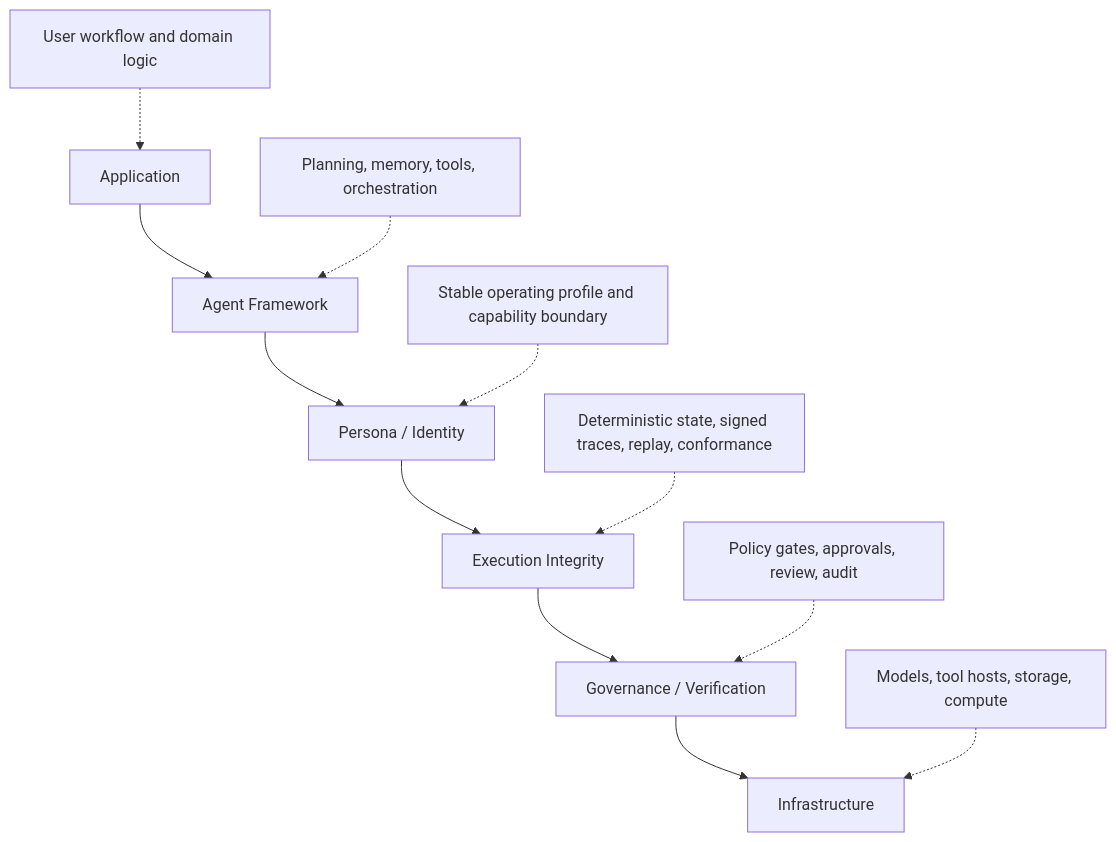
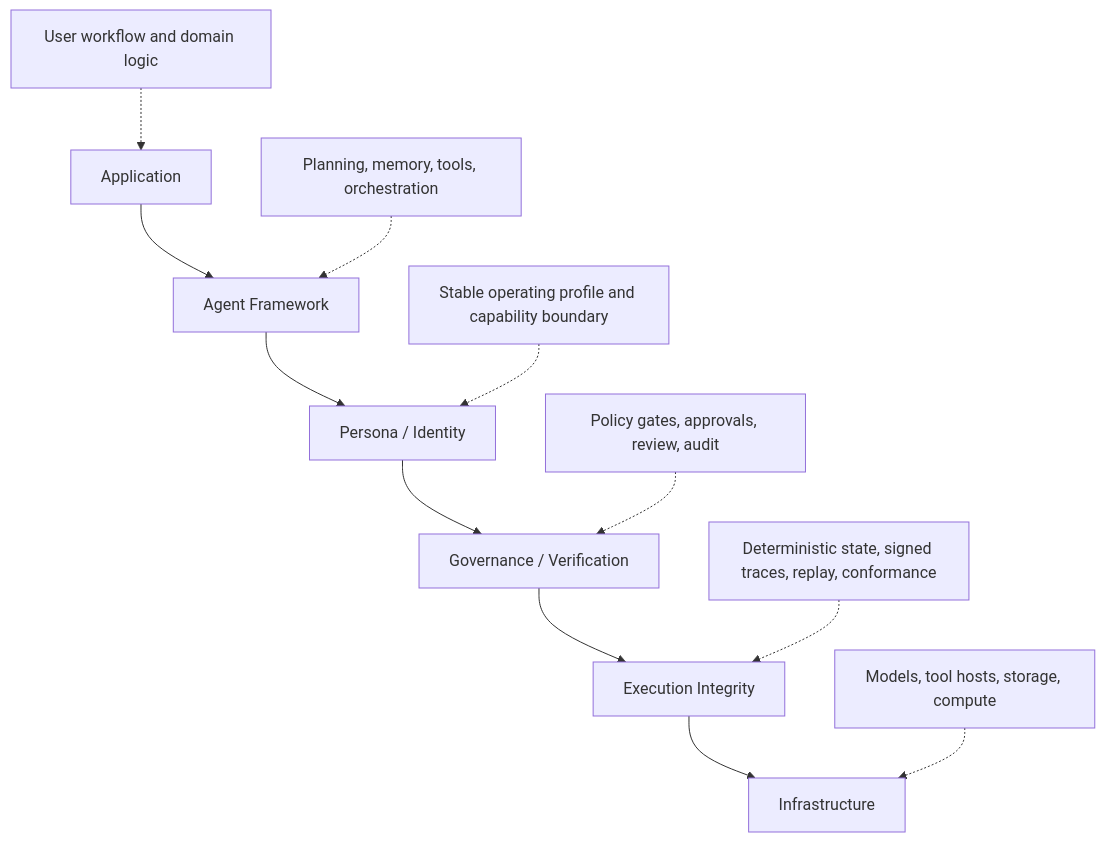
One commit to joy7758/fdo-kernel-mvk changed the diagram in docs/architecture/ai-agent-stack-architecture.md. Above: the diagram before and after it, drawn with Mermaid. The commit also changed other lines of this file and 35 other files, not shown here.

Commit message:
refactor(mvk): constrain kernel to execution-integrity role

````diff
--- a/docs/architecture/ai-agent-stack-architecture.md
+++ b/docs/architecture/ai-agent-stack-architecture.md
@@ -9,15 +9,15 @@
 ```mermaid
 flowchart TB
     A[Application] --> B[Agent Framework]
     B --> C[Persona / Identity]
-    C --> D[Execution Integrity]
-    D --> E[Governance / Verification]
+    C --> D[Governance / Verification]
+    D --> E[Execution Integrity]
     E --> F[Infrastructure]
 
     G[User workflow and domain logic] -.-> A
     H[Planning, memory, tools, orchestration] -.-> B
     I[Stable operating profile and capability boundary] -.-> C
-    J[Deterministic state, signed traces, replay, conformance] -.-> D
-    K[Policy gates, approvals, review, audit] -.-> E
+    J[Policy gates, approvals, review, audit] -.-> D
+    K[Deterministic state, signed traces, replay, conformance] -.-> E
     L[Models, tool hosts, storage, compute] -.-> F
 ```
````
